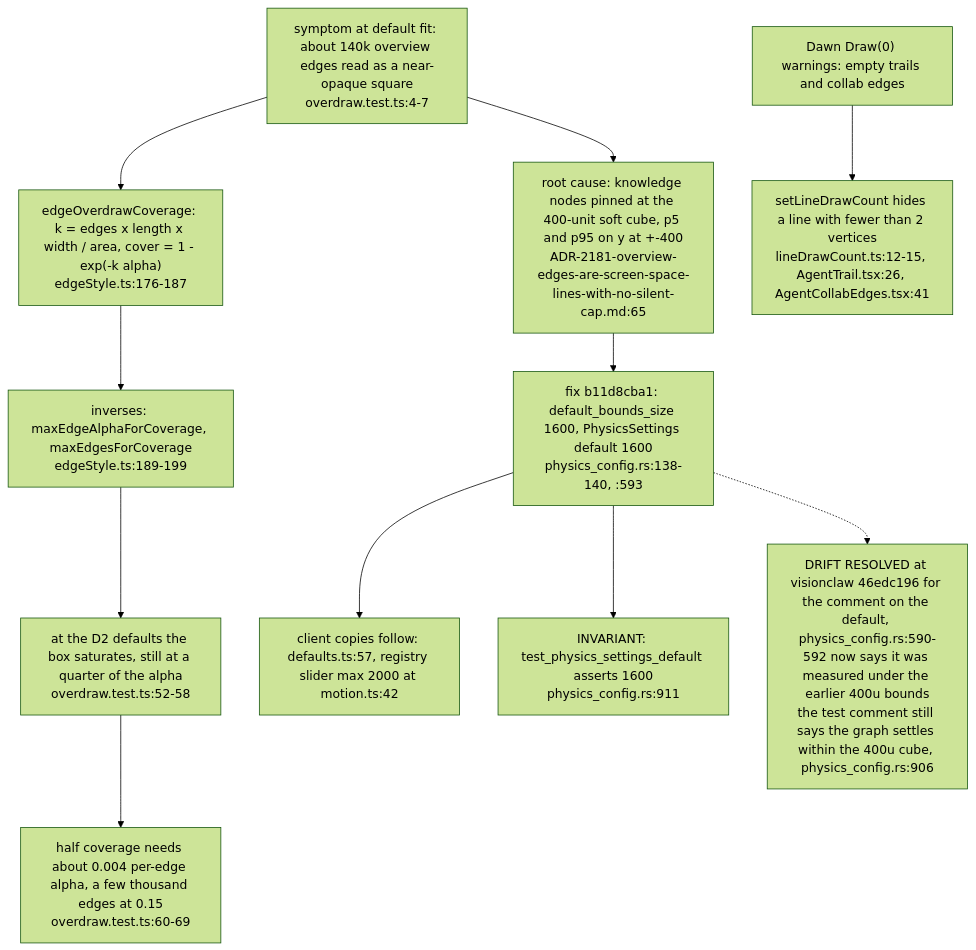
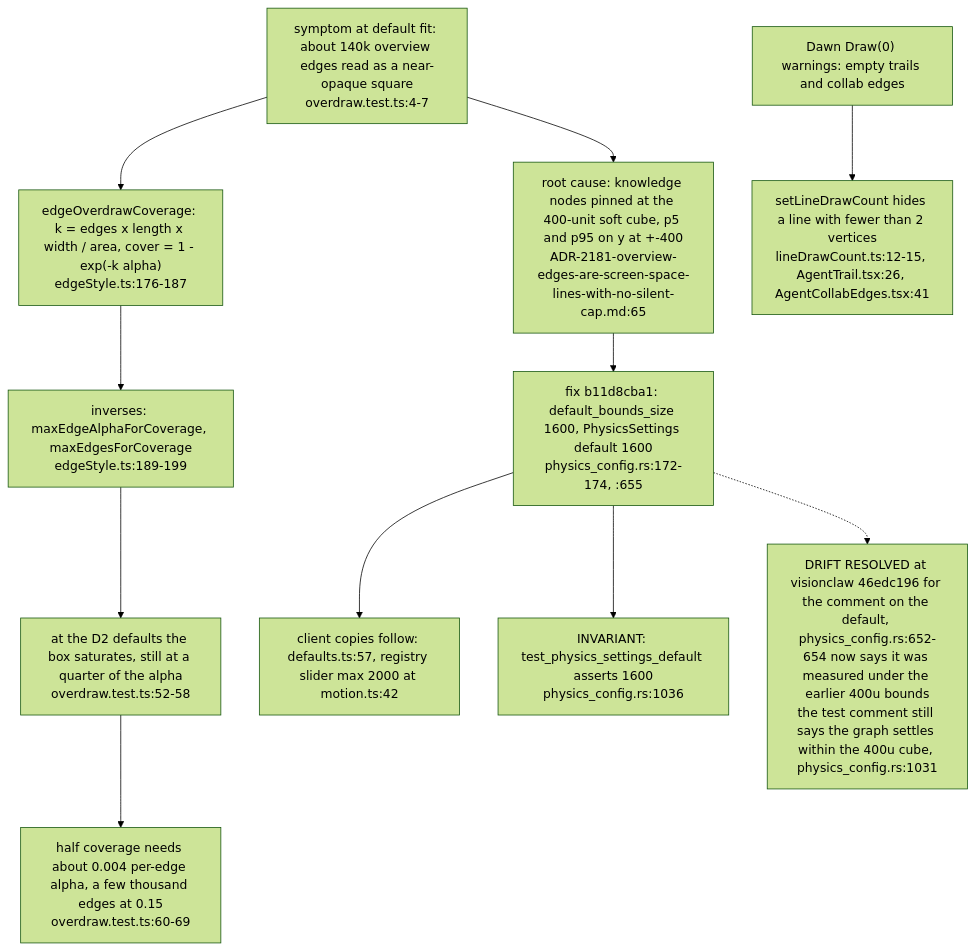
Diagram 15 of 15 in docs/diagrams/visionclaw/31-client-graph-render-pipeline.md (DreamLab-AI/VisionFlow), drawn with Mermaid (forest theme) before and after one commit. The commit also changed other lines of this file and 7 other files, not shown here.

First line of the commit message:
diagrams(visionclaw): re-verify VC-25..28 and VC-30..33 at visionclaw 4900ec60b, agentbox 59b1aca1c

````diff
--- a/docs/diagrams/visionclaw/31-client-graph-render-pipeline.md
+++ b/docs/diagrams/visionclaw/31-client-graph-render-pipeline.md
@@ -778,14 +778,14 @@
 ```mermaid
 flowchart TB
     SYM["symptom at default fit: about 140k overview edges read as a near-opaque square<br/>overdraw.test.ts:4-7"]
     SYM --> M1["edgeOverdrawCoverage: k = edges x length x width / area, cover = 1 - exp(-k alpha)<br/>edgeStyle.ts:176-187"]
     M1 --> M2["inverses: maxEdgeAlphaForCoverage, maxEdgesForCoverage<br/>edgeStyle.ts:189-199"]
     M2 --> M3["at the D2 defaults the box saturates, still at a quarter of the alpha<br/>overdraw.test.ts:52-58"]
     M3 --> M4["half coverage needs about 0.004 per-edge alpha, a few thousand edges at 0.15<br/>overdraw.test.ts:60-69"]
     SYM --> L1["root cause: knowledge nodes pinned at the 400-unit soft cube, p5 and p95 on y at +-400<br/>ADR-2181-overview-edges-are-screen-space-lines-with-no-silent-cap.md:65"]
-    L1 --> L2["fix b11d8cba1: default_bounds_size 1600, PhysicsSettings default 1600<br/>physics_config.rs:138-140, :593"]
+    L1 --> L2["fix b11d8cba1: default_bounds_size 1600, PhysicsSettings default 1600<br/>physics_config.rs:172-174, :655"]
     L2 --> L3["client copies follow: defaults.ts:57, registry slider max 2000 at motion.ts:42"]
-    L2 --> L4["INVARIANT: test_physics_settings_default asserts 1600<br/>physics_config.rs:911"]
-    L2 -.-> DR["DRIFT RESOLVED at visionclaw 46edc196 for the comment on the default, physics_config.rs:590-592 now says it was measured under the earlier 400u bounds<br/>the test comment still says the graph settles within the 400u cube, physics_config.rs:906"]
+    L2 --> L4["INVARIANT: test_physics_settings_default asserts 1600<br/>physics_config.rs:1036"]
+    L2 -.-> DR["DRIFT RESOLVED at visionclaw 46edc196 for the comment on the default, physics_config.rs:652-654 now says it was measured under the earlier 400u bounds<br/>the test comment still says the graph settles within the 400u cube, physics_config.rs:1031"]
     E1["Dawn Draw(0) warnings: empty trails and collab edges"] --> E2["setLineDrawCount hides a line with fewer than 2 vertices<br/>lineDrawCount.ts:12-15, AgentTrail.tsx:26, AgentCollabEdges.tsx:41"]
 ```
````
